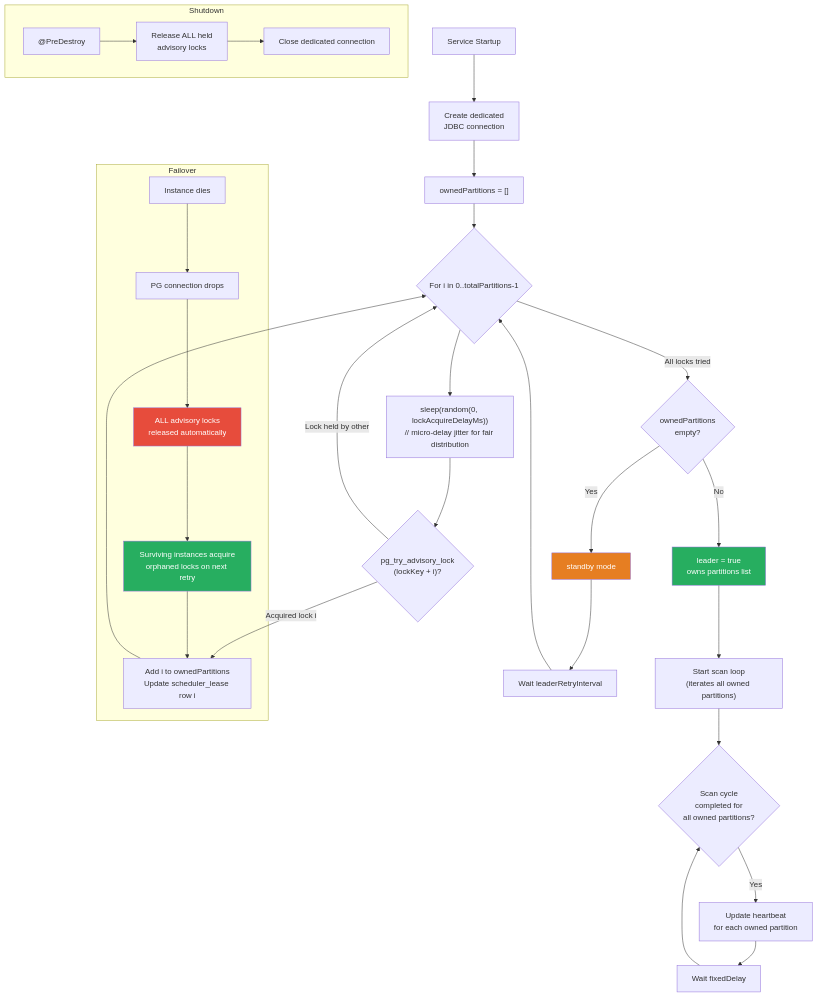
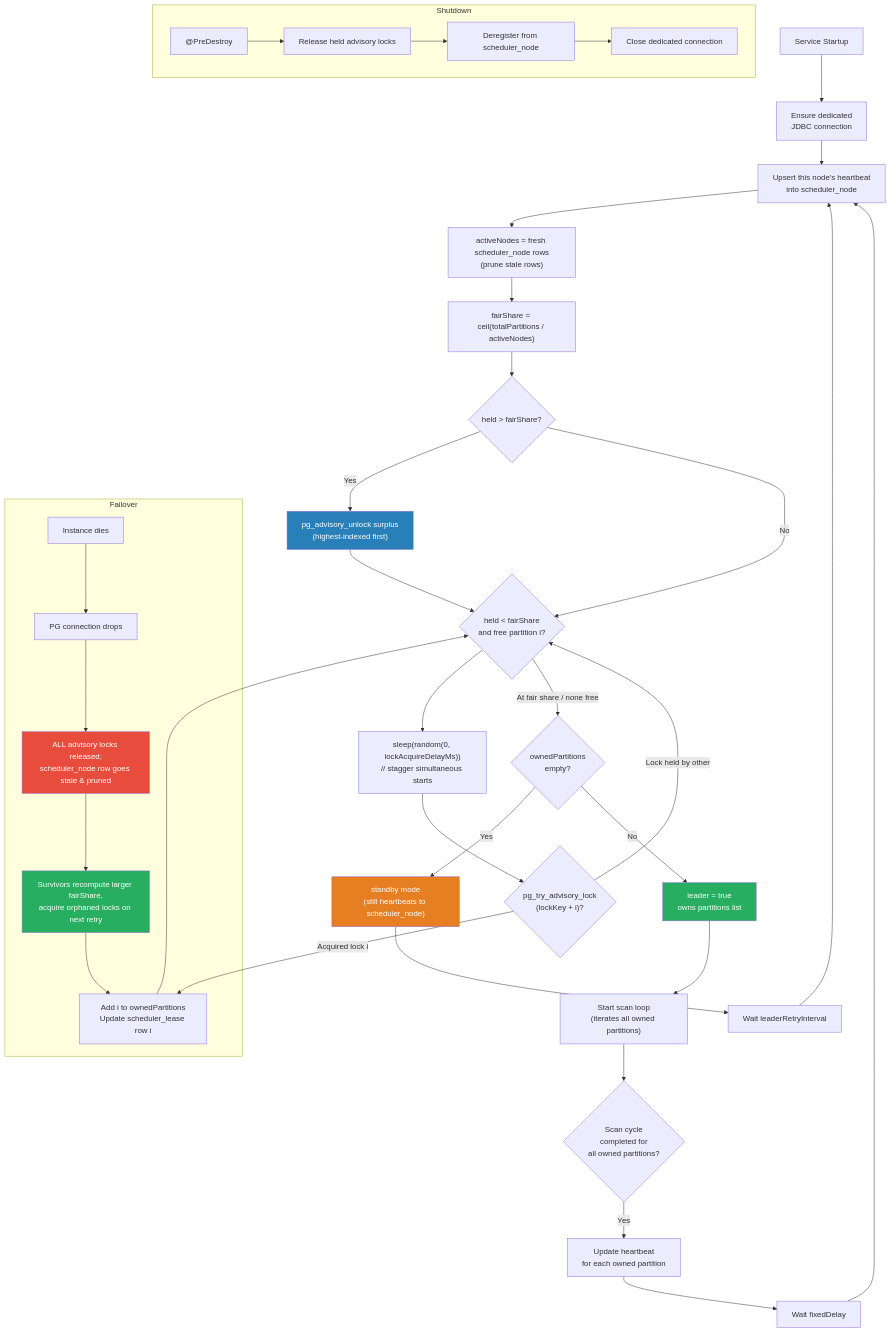
Before and after one commit to Jayaprakash8887/cce-scheduler-service: the second of 5 diagrams in docs/flow-diagrams.md, drawn with Mermaid. The commit also changed other lines of this file and 11 other files, not shown here.

Commit message:
fix: first boot service greey holding all partitions

````diff
--- a/docs/flow-diagrams.md
+++ b/docs/flow-diagrams.md
@@ -54,41 +54,48 @@
 ```mermaid
 flowchart TD
-    A["Service Startup"] --> B["Create dedicated<br/>JDBC connection"]
-    B --> C["ownedPartitions = []"]
-    C --> D{"For i in 0..totalPartitions-1"}
-    D --> D1["sleep(random(0, lockAcquireDelayMs))<br/>// micro-delay jitter for fair distribution"]
+    A["Service Startup"] --> B["Ensure dedicated<br/>JDBC connection"]
+    B --> HB["Upsert this node's heartbeat<br/>into scheduler_node"]
+    HB --> AC["activeNodes = fresh scheduler_node rows<br/>(prune stale rows)"]
+    AC --> FS["fairShare = ceil(totalPartitions / activeNodes)"]
+    FS --> REL{"held > fairShare?"}
+    REL -->|"Yes"| RELX["pg_advisory_unlock surplus<br/>(highest-indexed first)"]
+    RELX --> D
+    REL -->|"No"| D{"held < fairShare<br/>and free partition i?"}
+    D --> D1["sleep(random(0, lockAcquireDelayMs))<br/>// stagger simultaneous starts"]
     D1 --> D2{"pg_try_advisory_lock<br/>(lockKey + i)?"}
     D2 -->|"Acquired lock i"| E["Add i to ownedPartitions<br/>Update scheduler_lease row i"]
     E --> D
     D2 -->|"Lock held by other"| D
-    D -->|"All locks tried"| F{"ownedPartitions<br/>empty?"}
-    F -->|"Yes"| G["standby mode"]
+    D -->|"At fair share / none free"| F{"ownedPartitions<br/>empty?"}
+    F -->|"Yes"| G["standby mode<br/>(still heartbeats to scheduler_node)"]
     F -->|"No"| H["leader = true<br/>owns partitions list"]
 
     H --> I["Start scan loop<br/>(iterates all owned partitions)"]
 
     G --> J["Wait leaderRetryInterval"]
-    J --> D
+    J --> HB
 
     I --> K{"Scan cycle<br/>completed for<br/>all owned partitions?"}
     K -->|"Yes"| L["Update heartbeat<br/>for each owned partition"]
     L --> M["Wait fixedDelay"]
-    M --> K
+    M --> HB
 
     subgraph Shutdown
-        N["@PreDestroy"] --> O["Release ALL held<br/>advisory locks"]
-        O --> P["Close dedicated connection"]
+        N["@PreDestroy"] --> O["Release held advisory locks"]
+        O --> O2["Deregister from scheduler_node"]
+        O2 --> P["Close dedicated connection"]
     end
 
     subgraph Failover
         Q["Instance dies"] --> R["PG connection drops"]
-        R --> S["ALL advisory locks<br/>released automatically"]
-        S --> T["Surviving instances acquire<br/>orphaned locks on next retry"]
+        R --> S["ALL advisory locks released;<br/>scheduler_node row goes stale & pruned"]
+        S --> T["Survivors recompute larger fairShare,<br/>acquire orphaned locks on next retry"]
         T --> E
     end
 
     style H fill:#27AE60,color:white
     style G fill:#E67E22,color:white
+    style RELX fill:#2980B9,color:white
     style S fill:#E74C3C,color:white
     style T fill:#27AE60,color:white
 ```
````
